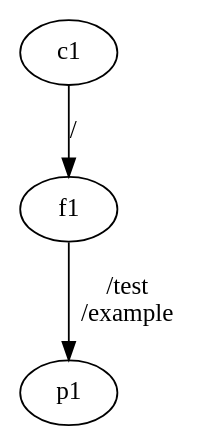
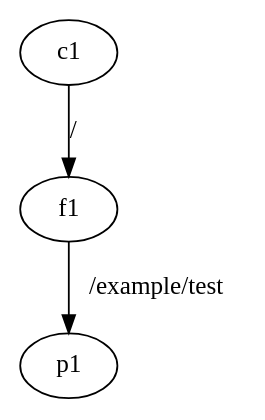
The diagram in graph.dot (saifulislampi/ndn-traceroute), drawn with Graphviz before and after one commit. The commit also changed 6 other files, not shown here.

```diff
--- a/graph.dot
+++ b/graph.dot
@@ -1,9 +1,9 @@
 digraph G {
     c1 [class="client"]
     c1 -> f1 [label="/"]
 
     f1 [class="forwarder"]
-    f1 -> p1 [label="/test\n/example"]
+    f1 -> p1 [label="/example/test"]
 
-    p1 [class="producer"]
+    p1 [class="producer" data="/example/test"]
 }
```
